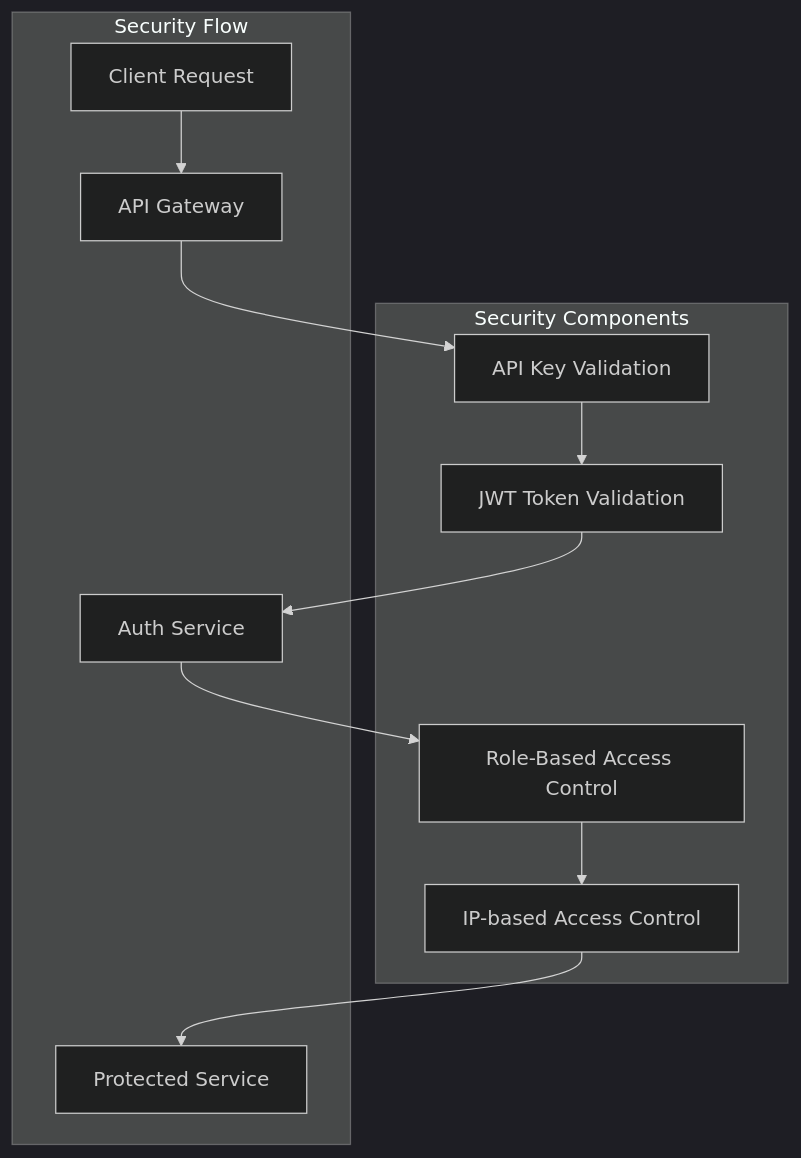
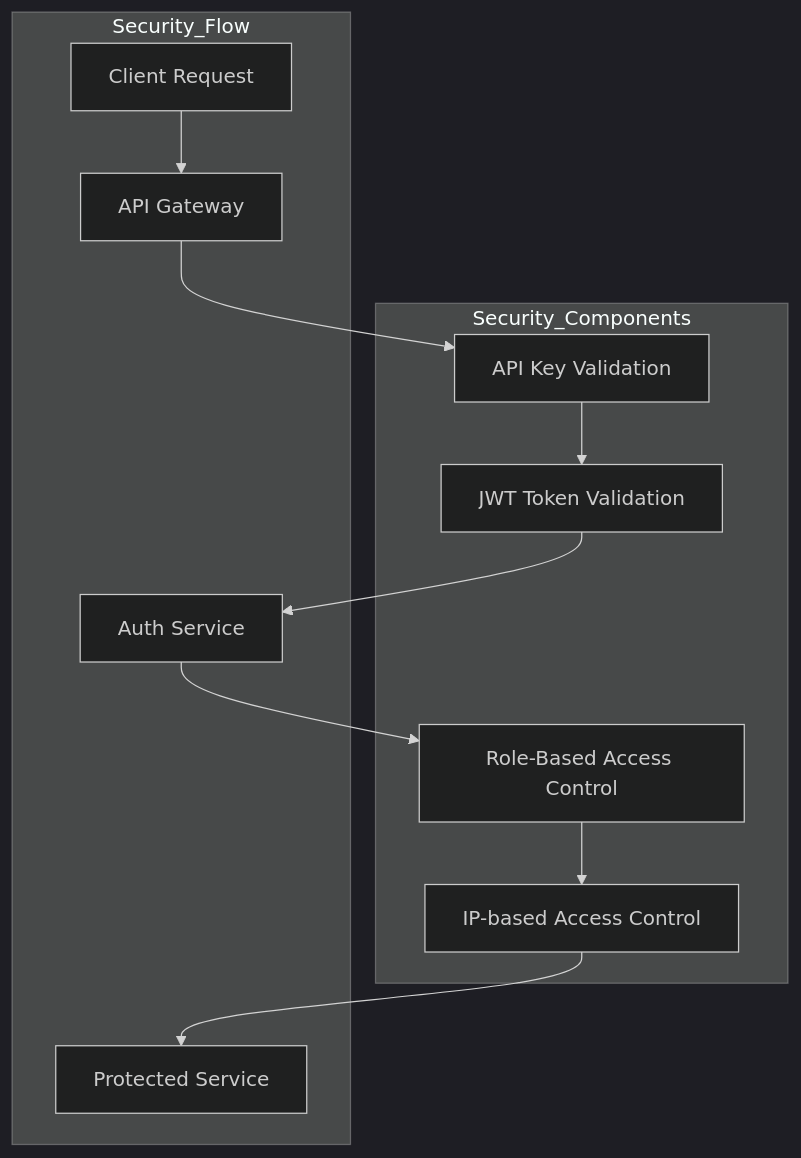
The sixth of 6 diagrams in README.md (Khaled12208/Cloud-Native-App), drawn with Mermaid (dark theme) before and after one commit. The commit also changed other lines of this file, not shown here.

Commit message:
fix: Update Mermaid diagram syntax in README.md

````diff
--- a/README.md
+++ b/README.md
@@ -199,24 +199,24 @@
 ```mermaid
 graph TB
-    subgraph Security Components
+    subgraph Security_Components
         APIKey[API Key Validation]
         JWT[JWT Token Validation]
         RBAC[Role-Based Access Control]
         IPFilter[IP-based Access Control]
     end
 
-    subgraph Security Flow
+    subgraph Security_Flow
         Request[Client Request]
         Gateway[API Gateway]
         Auth[Auth Service]
         Service[Protected Service]
     end
 
     Request --> Gateway
     Gateway --> APIKey
     APIKey --> JWT
     JWT --> Auth
     Auth --> RBAC
     RBAC --> IPFilter
     IPFilter --> Service
 ```
````
